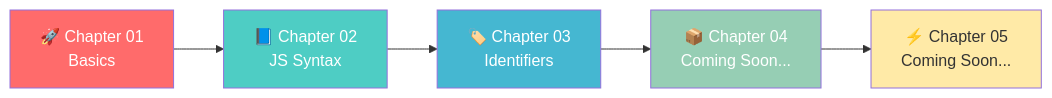
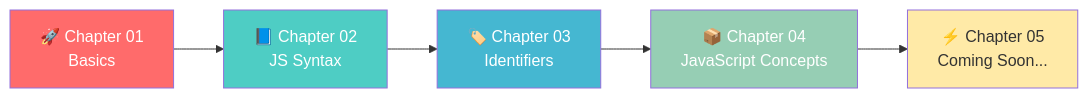
One commit to ashwinihedau/PlaywrightWithAI changed the first of 5 diagrams in README.md. Above: the diagram before and after it, drawn with Mermaid. The commit also changed other lines of this file, not shown here.

Commit message:
Update README.md with Chapter 04 JavaScript Concepts

````diff
--- a/README.md
+++ b/README.md
@@ -24,13 +24,13 @@
 ```mermaid
 graph LR
     A[🚀 Chapter 01<br/>Basics] --> B[📘 Chapter 02<br/>JS Syntax]
     B --> C[🏷️ Chapter 03<br/>Identifiers]
-    C --> D[📦 Chapter 04<br/>Coming Soon...]
+    C --> D[📦 Chapter 04<br/>JavaScript Concepts]
     D --> E[⚡ Chapter 05<br/>Coming Soon...]
 
     style A fill:#FF6B6B,color:#fff
     style B fill:#4ECDC4,color:#fff
     style C fill:#45B7D1,color:#fff
     style D fill:#96CEB4,color:#fff
     style E fill:#FFEAA7,color:#333
 ```
````
